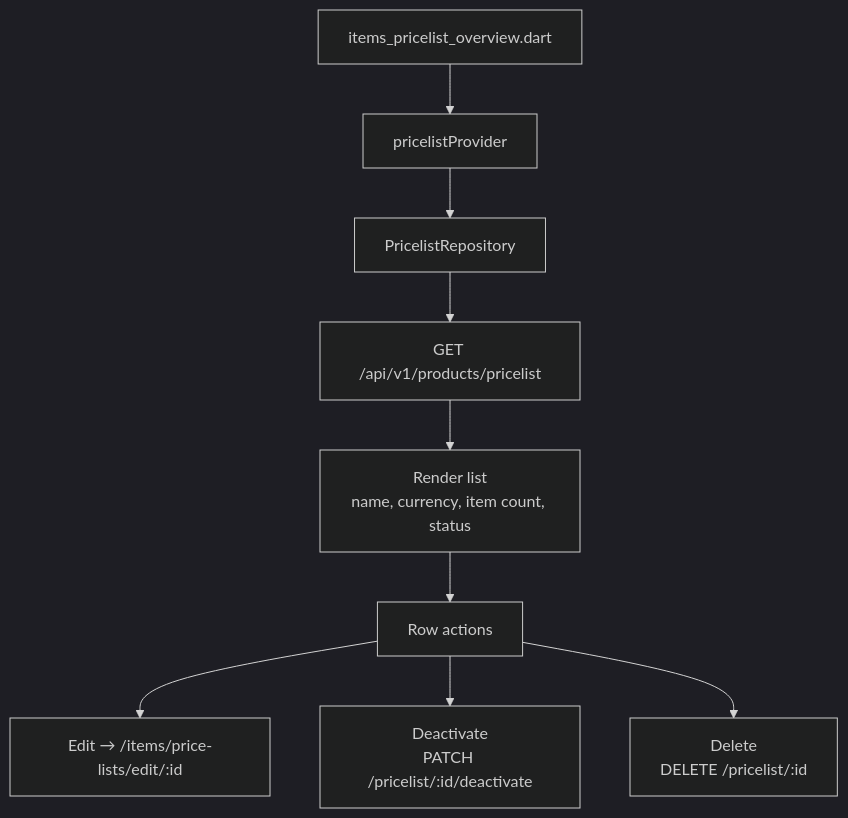
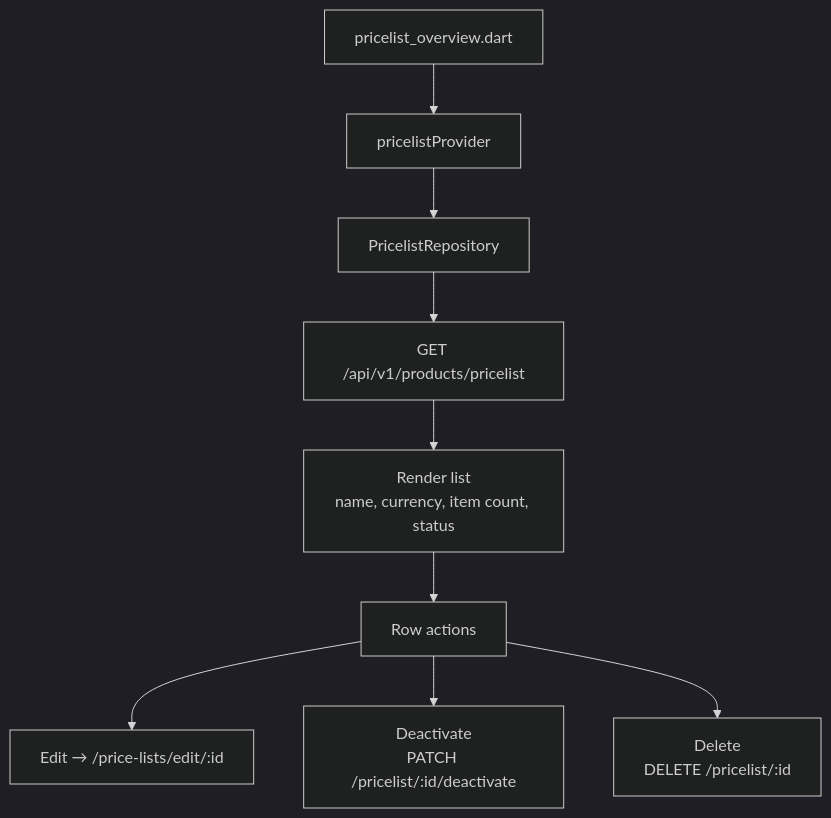
The second of 3 diagrams in docs/flows/02_items/items_pricelist.md (ARUNTHOMAS3/trans), drawn with Mermaid (dark theme) before and after one commit. The commit also changed other lines of this file and 1490 other files, not shown here.

````diff
--- a/docs/flows/02_items/items_pricelist.md
+++ b/docs/flows/02_items/items_pricelist.md
@@ -31,12 +31,12 @@
 ```mermaid
 flowchart TD
-    PAGE[items_pricelist_overview.dart] --> PROV[pricelistProvider]
+    PAGE[pricelist_overview.dart] --> PROV[pricelistProvider]
     PROV --> REPO[PricelistRepository]
     REPO --> API[GET /api/v1/products/pricelist]
     API --> TABLE[Render list\nname, currency, item count, status]
 
     TABLE --> ACTIONS[Row actions]
-    ACTIONS --> EDIT[Edit → /items/price-lists/edit/:id]
+    ACTIONS --> EDIT[Edit → /price-lists/edit/:id]
     ACTIONS --> DEACT[Deactivate\nPATCH /pricelist/:id/deactivate]
     ACTIONS --> DEL[Delete\nDELETE /pricelist/:id]
 ```
````
